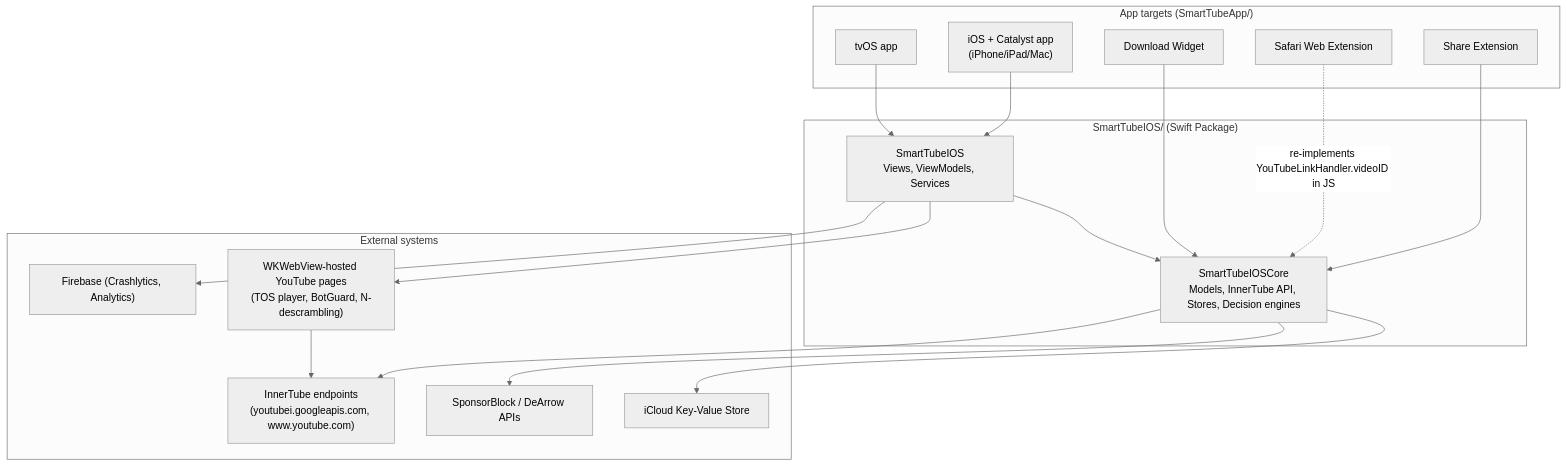
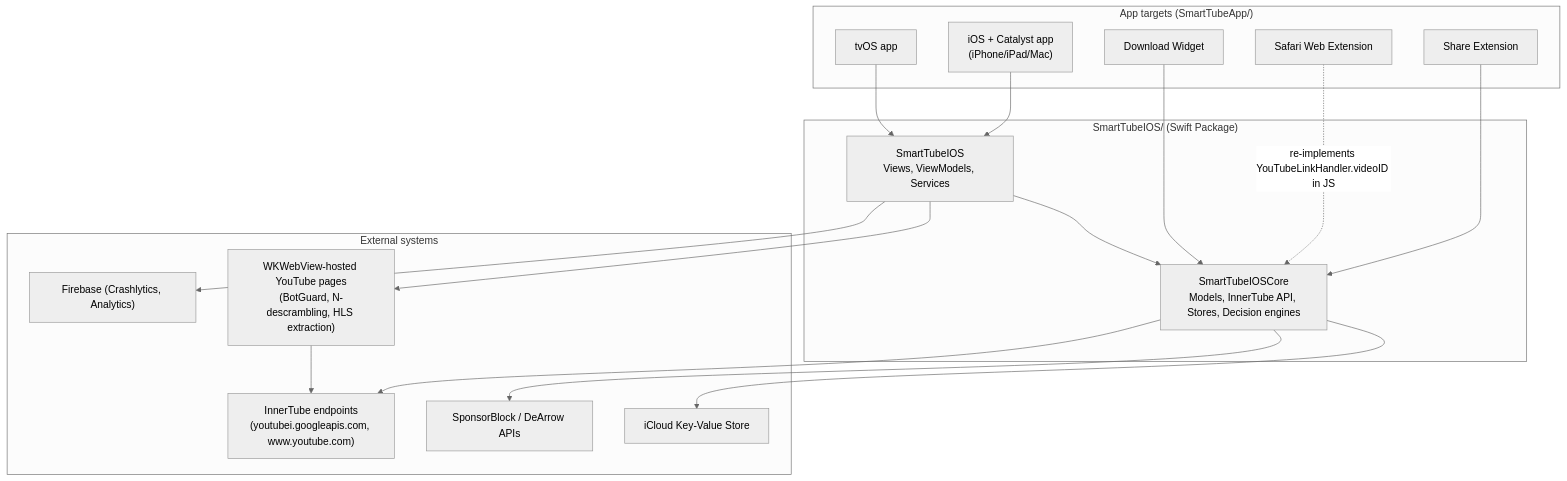
Before and after one commit to cioxideru/VoxaFrame: the diagram in docs/architecture.md, drawn with Mermaid (neutral theme). The commit also changed other lines of this file and 136 other files, not shown here.

````diff
--- a/docs/architecture.md
+++ b/docs/architecture.md
@@ -10,34 +10,34 @@
 ```mermaid
 graph TD
     subgraph Apps["App targets (SmartTubeApp/)"]
         iOS["iOS + Catalyst app<br/>(iPhone/iPad/Mac)"]
         TV["tvOS app"]
         Share["Share Extension"]
         Safari["Safari Web Extension"]
         Widget["Download Widget"]
     end
     subgraph Pkg["SmartTubeIOS/ (Swift Package)"]
         UI["SmartTubeIOS<br/>Views, ViewModels, Services"]
         Core["SmartTubeIOSCore<br/>Models, InnerTube API, Stores, Decision engines"]
     end
     subgraph Ext["External systems"]
         InnerTube["InnerTube endpoints<br/>(youtubei.googleapis.com, www.youtube.com)"]
         SponsorBlock["SponsorBlock / DeArrow APIs"]
         Firebase["Firebase (Crashlytics, Analytics)"]
         iCloudKVS["iCloud Key-Value Store"]
-        WebPlayer["WKWebView-hosted YouTube pages<br/>(TOS player, BotGuard, N-descrambling)"]
+        WebPlayer["WKWebView-hosted YouTube pages<br/>(BotGuard, N-descrambling, HLS extraction)"]
     end
 
     iOS --> UI
     TV --> UI
     Share --> Core
     Safari -.->|"re-implements YouTubeLinkHandler.videoID in JS"| Core
     Widget --> Core
     UI --> Core
     Core --> InnerTube
     Core --> SponsorBlock
     UI --> Firebase
     Core --> iCloudKVS
     UI --> WebPlayer
     WebPlayer --> InnerTube
 ```
````
